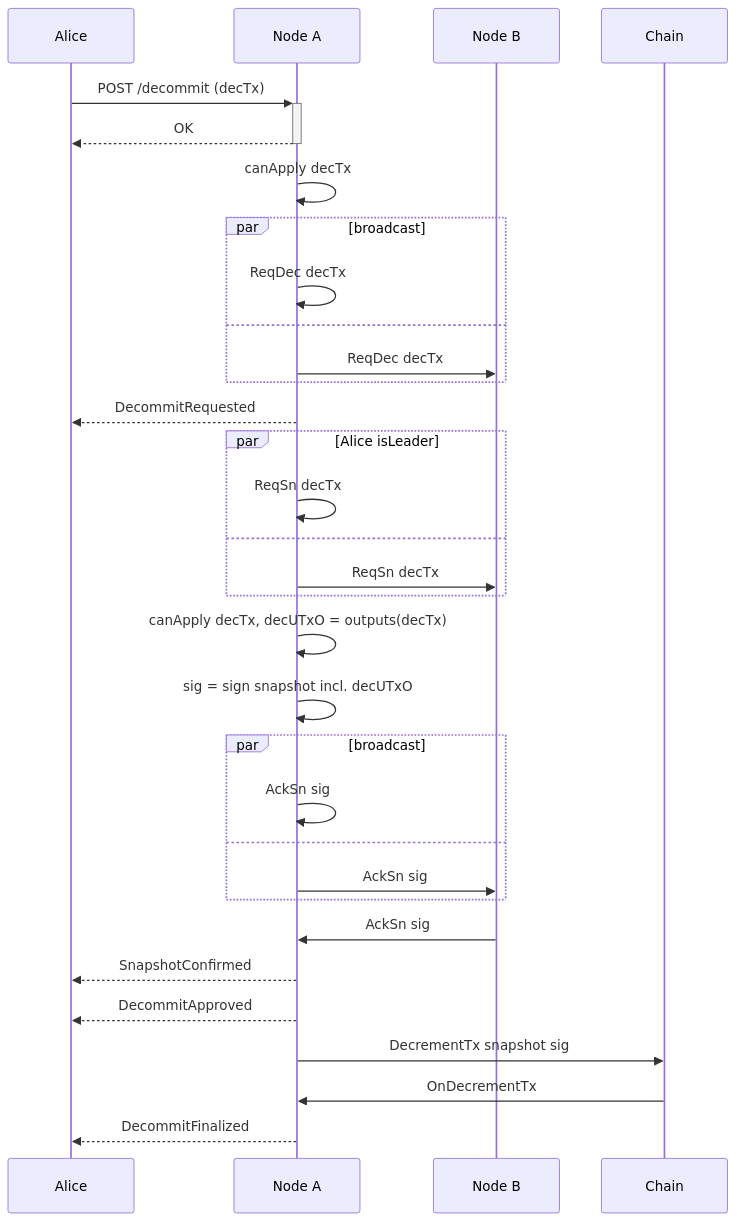
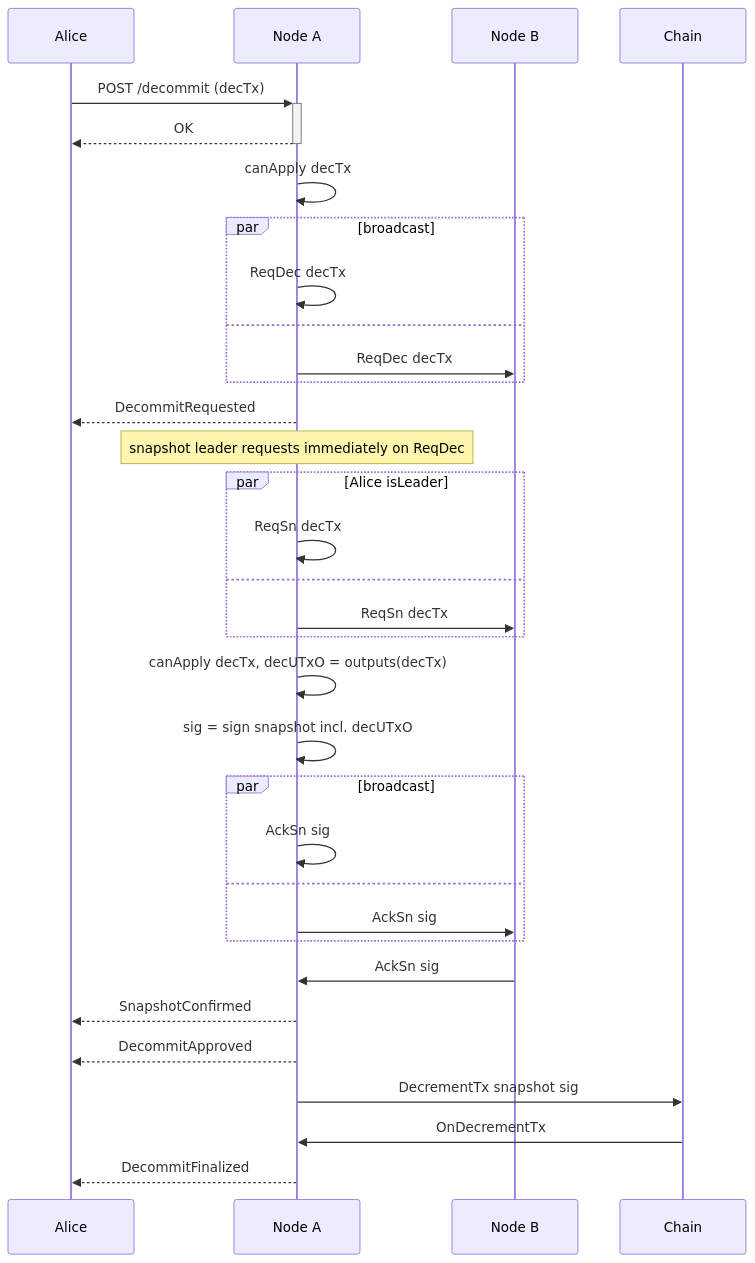
The fifth of 5 diagrams in docs/docs/dev/protocol.md (cardano-scaling/hydra), drawn with Mermaid before and after one commit. The commit also changed other lines of this file and 3 other files, not shown here.

````diff
--- a/docs/docs/dev/protocol.md
+++ b/docs/docs/dev/protocol.md
@@ -144,39 +190,40 @@
 ```mermaid
 sequenceDiagram
     Alice->>+Node A: POST /decommit (decTx)
     Node A-->>-Alice: OK
 
     Node A->>Node A: canApply decTx
 
     par broadcast
         Node A->>Node A: ReqDec decTx
     and
         Node A->>Node B: ReqDec decTx
     end
 
     Node A -->> Alice: DecommitRequested
 
+    note over Node A: snapshot leader requests immediately on ReqDec
     par Alice isLeader
         Node A->>Node A: ReqSn decTx
     and
         Node A->>Node B: ReqSn decTx
     end
 
     Node A->>Node A: canApply decTx, decUTxO =  outputs(decTx)
     Node A->>Node A: sig = sign snapshot incl. decUTxO
 
     par broadcast
         Node A->>Node A: AckSn sig
     and
         Node A->>Node B: AckSn sig
     end
 
     Node B->>Node A: AckSn sig
 
     Node A -->> Alice: SnapshotConfirmed
     Node A -->> Alice: DecommitApproved
 
     Node A ->> Chain: DecrementTx snapshot sig
     Chain ->> Node A: OnDecrementTx
     Node A -->> Alice: DecommitFinalized
 ```
````
